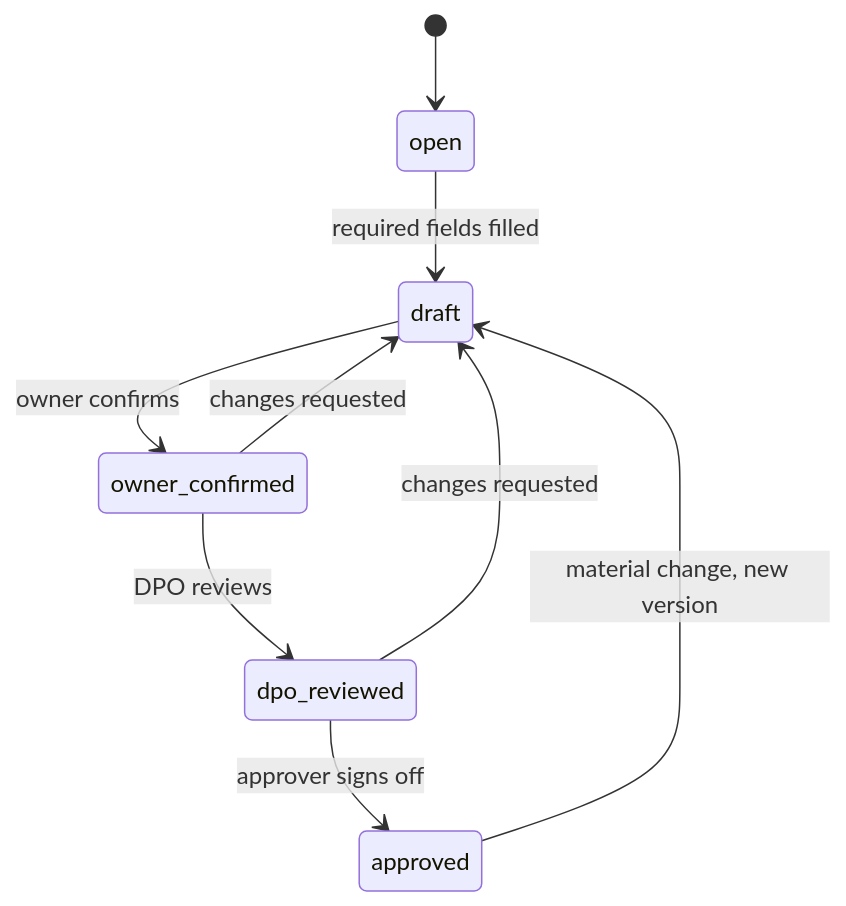
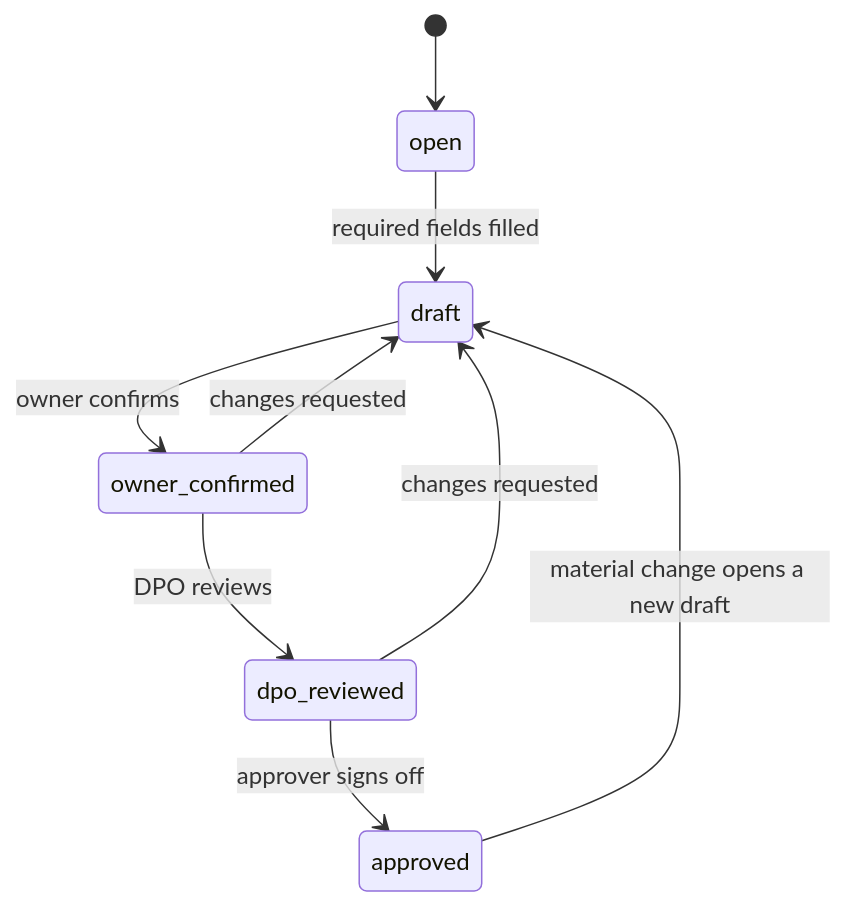
The fourth of 5 diagrams in docs/workflow-map.md (arunmaz0304/ropa-workspace), drawn with Mermaid before and after one commit. The commit also changed other lines of this file and 2 other files, not shown here.

First line of the commit message:
Decide the seven open workflow-spec questions and update diagrams

````diff
--- a/docs/workflow-map.md
+++ b/docs/workflow-map.md
@@ -59,11 +59,11 @@
 ```mermaid
 stateDiagram-v2
     [*] --> open
     open --> draft: required fields filled
     draft --> owner_confirmed: owner confirms
     owner_confirmed --> dpo_reviewed: DPO reviews
     dpo_reviewed --> approved: approver signs off
     owner_confirmed --> draft: changes requested
     dpo_reviewed --> draft: changes requested
-    approved --> draft: material change, new version
+    approved --> draft: material change opens a new draft
 ```
````
